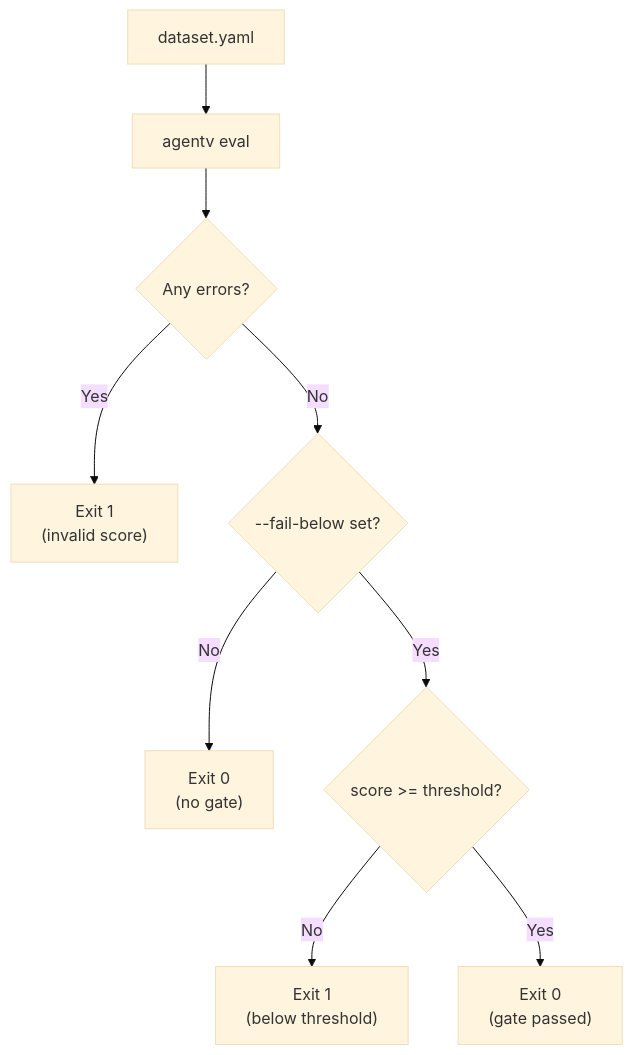
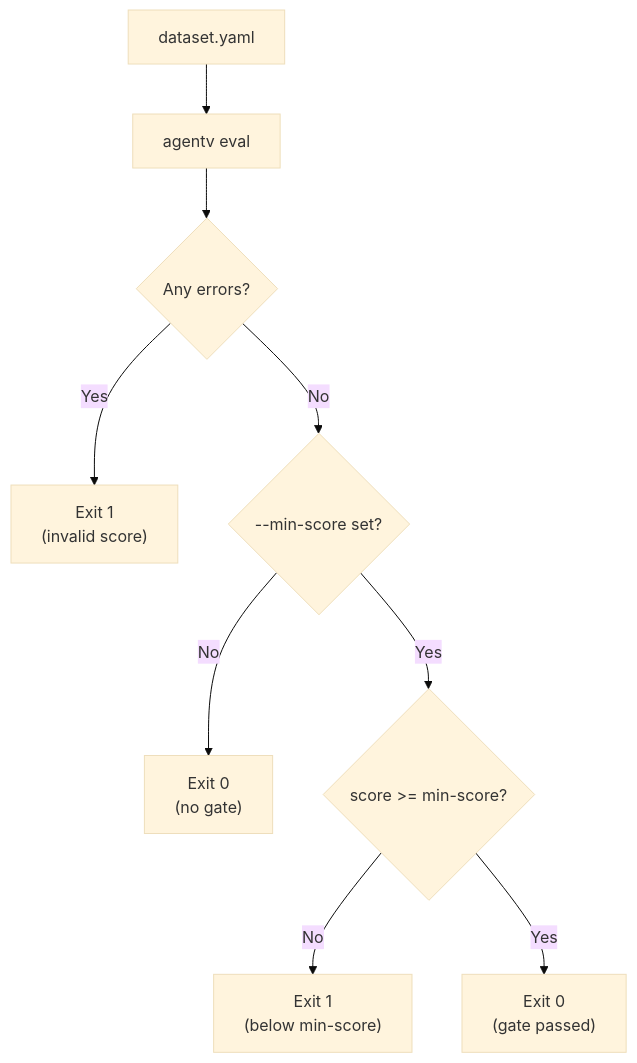
The diagram in examples/showcase/export-screening/README.md (EntityProcess/agentv), drawn with Mermaid (base theme) before and after one commit. The commit also changed other lines of this file and 3 other files, not shown here.

First line of the commit message:
refactor(cli): rename --fail-below to --min-score

````diff
--- a/examples/showcase/export-screening/README.md
+++ b/examples/showcase/export-screening/README.md
@@ -274,11 +274,11 @@
 ```mermaid
 flowchart TD
     A[dataset.yaml] --> B[agentv eval]
     B --> C{Any errors?}
     C -->|Yes| D["Exit 1<br/>(invalid score)"]
-    C -->|No| E{--fail-below set?}
+    C -->|No| E{--min-score set?}
     E -->|No| F["Exit 0<br/>(no gate)"]
-    E -->|Yes| G{score >= threshold?}
-    G -->|No| H["Exit 1<br/>(below threshold)"]
+    E -->|Yes| G{score >= min-score?}
+    G -->|No| H["Exit 1<br/>(below min-score)"]
     G -->|Yes| I["Exit 0<br/>(gate passed)"]
 ```
````
